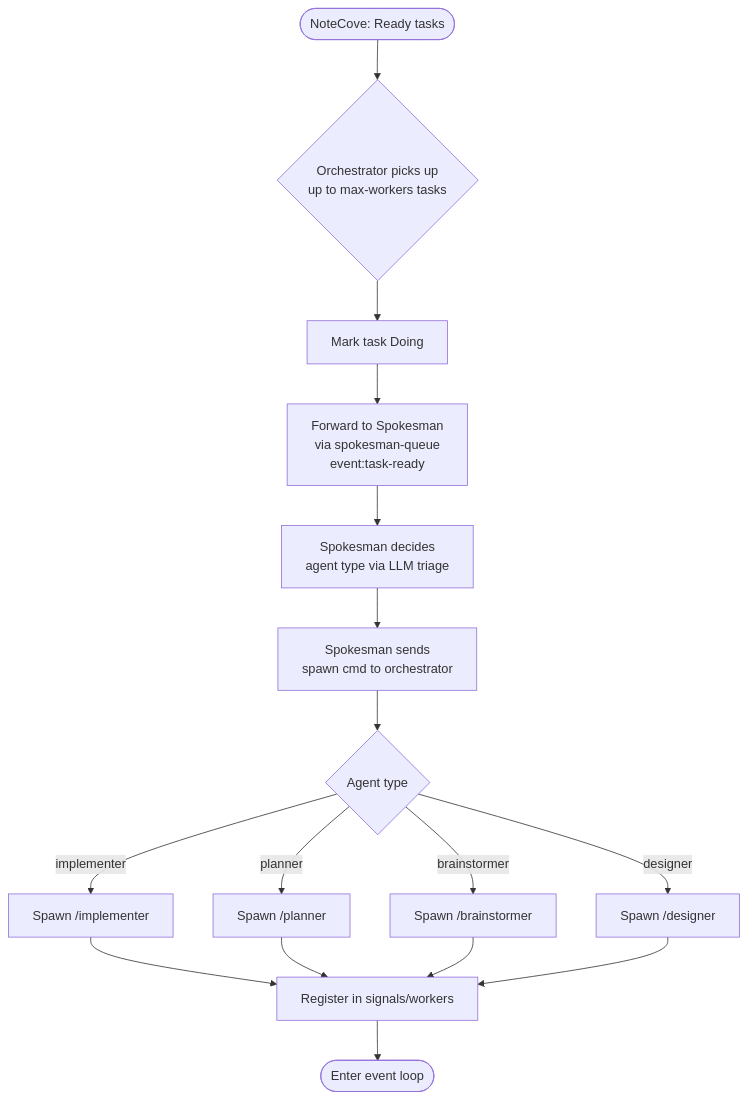
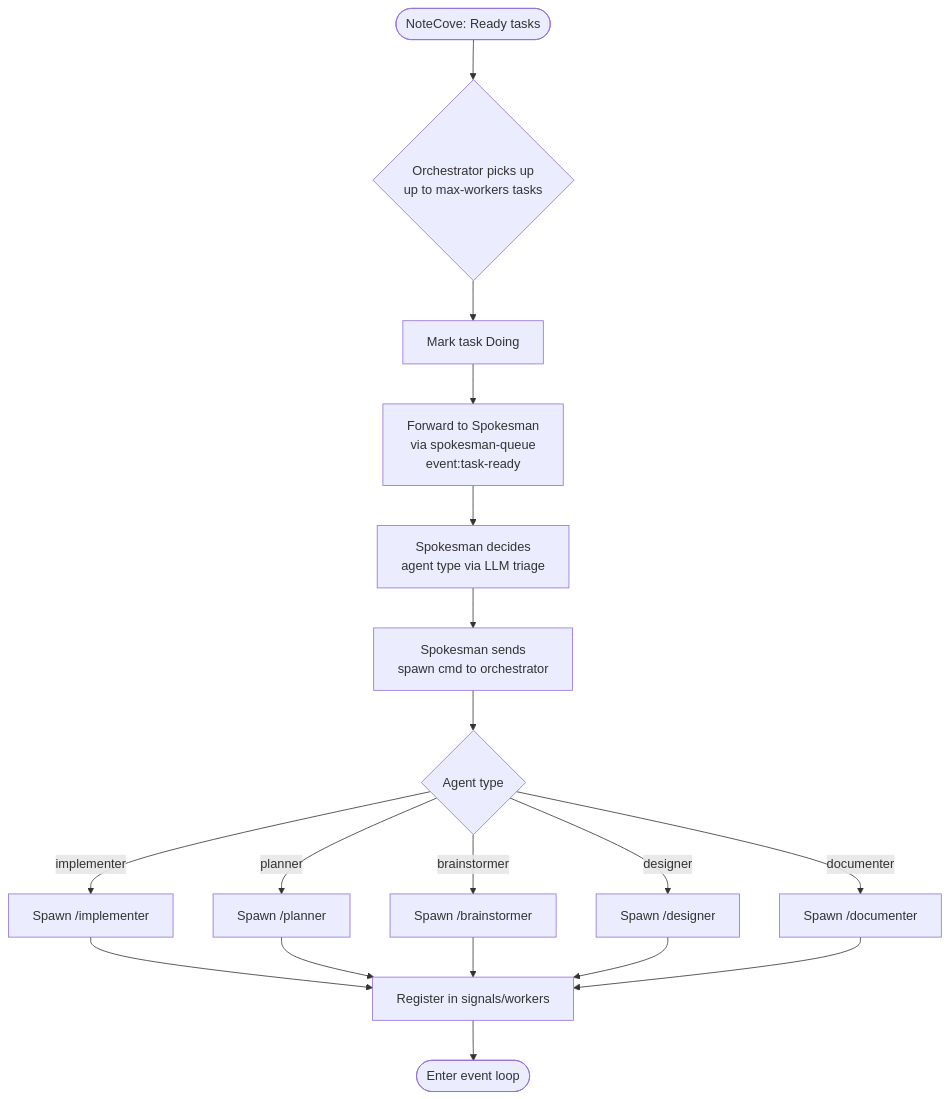
The second of 13 diagrams in docs/agentic-workflow.md (gara2000/agentmesh), drawn with Mermaid before and after one commit. The commit also changed other lines of this file and 3 other files, not shown here.

````diff
--- a/docs/agentic-workflow.md
+++ b/docs/agentic-workflow.md
@@ -82,15 +83,16 @@
 ```mermaid
 flowchart TD
     A([NoteCove: Ready tasks]) --> B{Orchestrator picks up\nup to max-workers tasks}
     B --> C[Mark task Doing]
     C --> D[Forward to Spokesman\nvia spokesman-queue\nevent:task-ready]
     D --> E[Spokesman decides\nagent type via LLM triage]
     E --> F[Spokesman sends\nspawn cmd to orchestrator]
     F --> G{Agent type}
     G -->|implementer| W[Spawn /implementer]
     G -->|planner| P[Spawn /planner]
     G -->|brainstormer| BR[Spawn /brainstormer]
     G -->|designer| DE[Spawn /designer]
-    W & P & BR & DE --> H[Register in signals/workers]
+    G -->|documenter| DOC[Spawn /documenter]
+    W & P & BR & DE & DOC --> H[Register in signals/workers]
     H --> I([Enter event loop])
 ```
````
